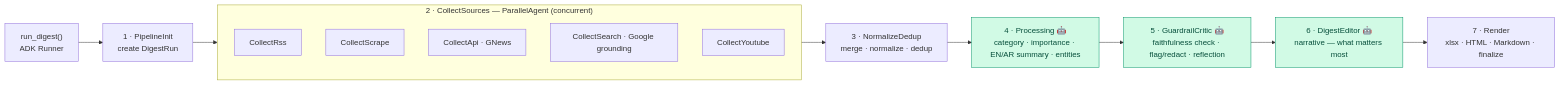
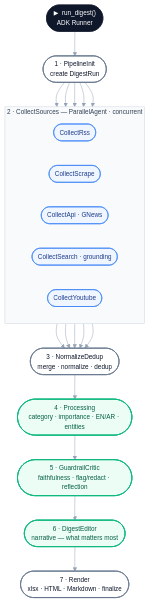
One commit to AhmedHeshamSakr/Catch-Up changed the second of 2 diagrams in ARCHITECTURE.md. Above: the diagram before and after it, drawn with Mermaid. The commit also changed other lines of this file, not shown here.

First line of the commit message:
docs: polish architecture diagrams — cleaner layout, palette, shapes

````diff
--- a/ARCHITECTURE.md
+++ b/ARCHITECTURE.md
@@ -71,21 +59,35 @@
 ```mermaid
-flowchart LR
-    S["run_digest()<br/>ADK Runner"] --> P1["1 · PipelineInit<br/>create DigestRun"]
-    P1 --> CS
-    subgraph CS["2 · CollectSources — ParallelAgent (concurrent)"]
-        direction TB
-        R["CollectRss"]
-        SC["CollectScrape"]
-        AP["CollectApi · GNews"]
-        SE["CollectSearch · Google grounding"]
-        YT["CollectYoutube"]
+%%{init: {'theme':'base','themeVariables':{'fontFamily':'Inter, system-ui, sans-serif','fontSize':'13px','lineColor':'#94a3b8'}}}%%
+flowchart TB
+    START(["▶&nbsp; run_digest()<br/>ADK Runner"])
+    P1(["1 · PipelineInit<br/>create DigestRun"])
+    subgraph CS["2 · CollectSources — ParallelAgent · concurrent"]
+        direction LR
+        C_RSS(["CollectRss"])
+        C_SCRAPE(["CollectScrape"])
+        C_API(["CollectApi · GNews"])
+        C_SEARCH(["CollectSearch · grounding"])
+        C_YT(["CollectYoutube"])
     end
-    CS --> P3["3 · NormalizeDedup<br/>merge · normalize · dedup"]
-    P3 --> P4["4 · Processing 🤖<br/>category · importance · EN/AR summary · entities"]
-    P4 --> P5["5 · GuardrailCritic 🤖<br/>faithfulness check · flag/redact · reflection"]
-    P5 --> P6["6 · DigestEditor 🤖<br/>narrative — what matters most"]
-    P6 --> P7["7 · Render<br/>xlsx · HTML · Markdown · finalize"]
+    P3(["3 · NormalizeDedup<br/>merge · normalize · dedup"])
+    P4(["4 · Processing<br/>category · importance · EN/AR · entities"])
+    P5(["5 · GuardrailCritic<br/>faithfulness · flag/redact · reflection"])
+    P6(["6 · DigestEditor<br/>narrative — what matters most"])
+    P7(["7 · Render<br/>xlsx · HTML · Markdown · finalize"])
 
-    classDef llm fill:#d1fae5,stroke:#059669,color:#064e3b;
+    START --> P1
+    P1 --> C_RSS & C_SCRAPE & C_API & C_SEARCH & C_YT
+    C_RSS & C_SCRAPE & C_API & C_SEARCH & C_YT --> P3
+    P3 --> P4 --> P5 --> P6 --> P7
+
+    classDef entry fill:#0f172a,stroke:#0f172a,color:#ffffff,stroke-width:1px;
+    classDef stage fill:#ffffff,stroke:#64748b,stroke-width:1.5px,color:#0f172a;
+    classDef coll fill:#eff6ff,stroke:#3b82f6,stroke-width:1.2px,color:#1e3a8a;
+    classDef llm fill:#ecfdf5,stroke:#10b981,stroke-width:2px,color:#065f46;
+    class START entry;
+    class P1,P3,P7 stage;
+    class C_RSS,C_SCRAPE,C_API,C_SEARCH,C_YT coll;
     class P4,P5,P6 llm;
+
+    style CS fill:#f8fafc,stroke:#cbd5e1,color:#334155
 ```
````
